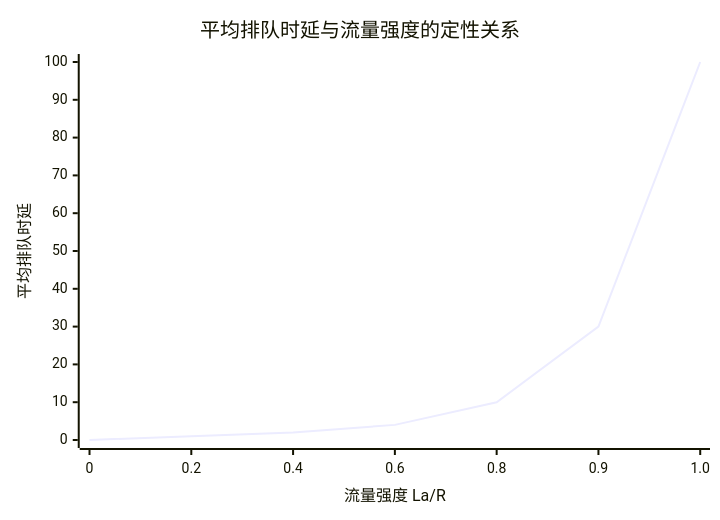
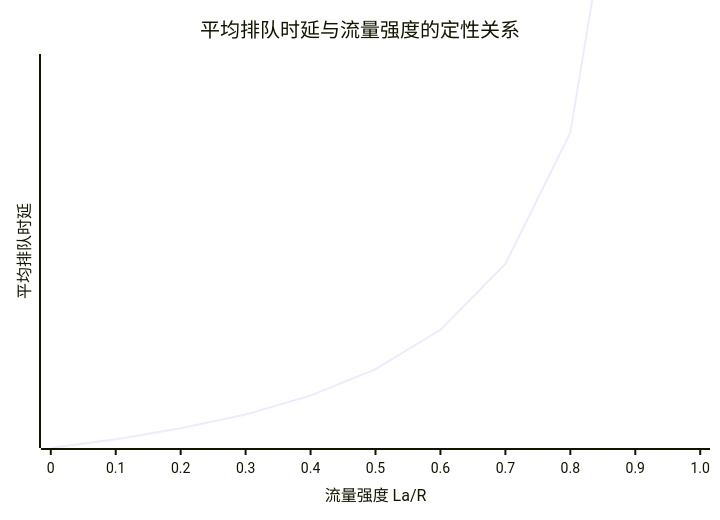
The seventh of 10 diagrams in src/content/posts/计算机网络和因特网.md (Meer-Matze/Meer-Matze.github.io), drawn with Mermaid before and after one commit. The commit also changed other lines of this file, not shown here.

````diff
--- a/src/content/posts/计算机网络和因特网.md
+++ b/src/content/posts/计算机网络和因特网.md
@@ -1527,7 +707,14 @@
 ```mermaid
+---
+config:
+  xyChart:
+    yAxis:
+      showLabel: false
+      showTick: false
+---
 xychart-beta
   title "平均排队时延与流量强度的定性关系"
-  x-axis "流量强度 La/R" [0, 0.2, 0.4, 0.6, 0.8, 0.9, 1.0]
-  y-axis "平均排队时延" 0 --> 100
-  line [0, 1, 2, 4, 10, 30, 100]
+  x-axis "流量强度 La/R" [0, 0.1, 0.2, 0.3, 0.4, 0.5, 0.6, 0.7, 0.8, 0.9, 1.0]
+  y-axis "平均排队时延" 0 --> 1
+  line [0, 0.022, 0.05, 0.085, 0.133, 0.2, 0.3, 0.467, 0.8, 1.8, 19.8]
 ```
````
